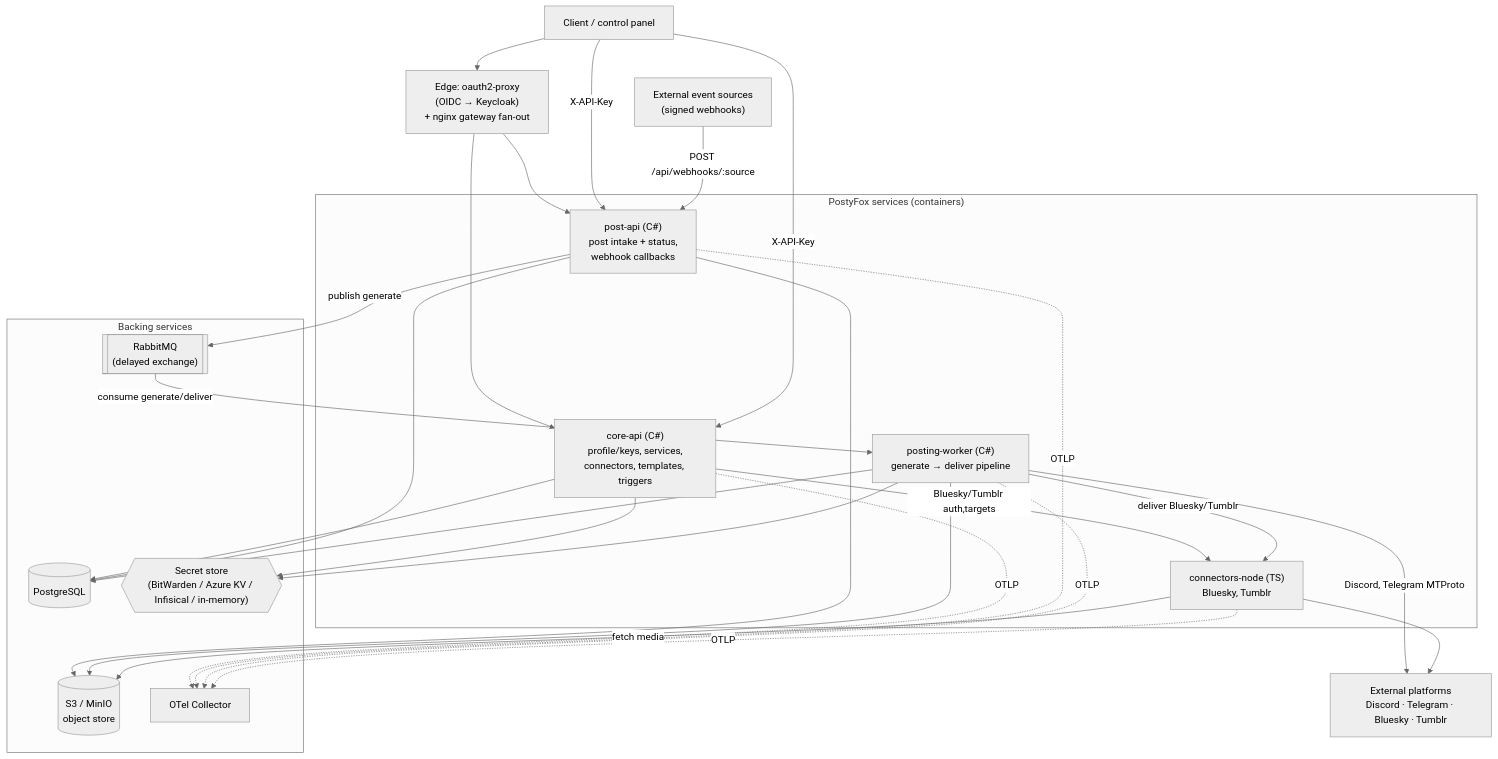
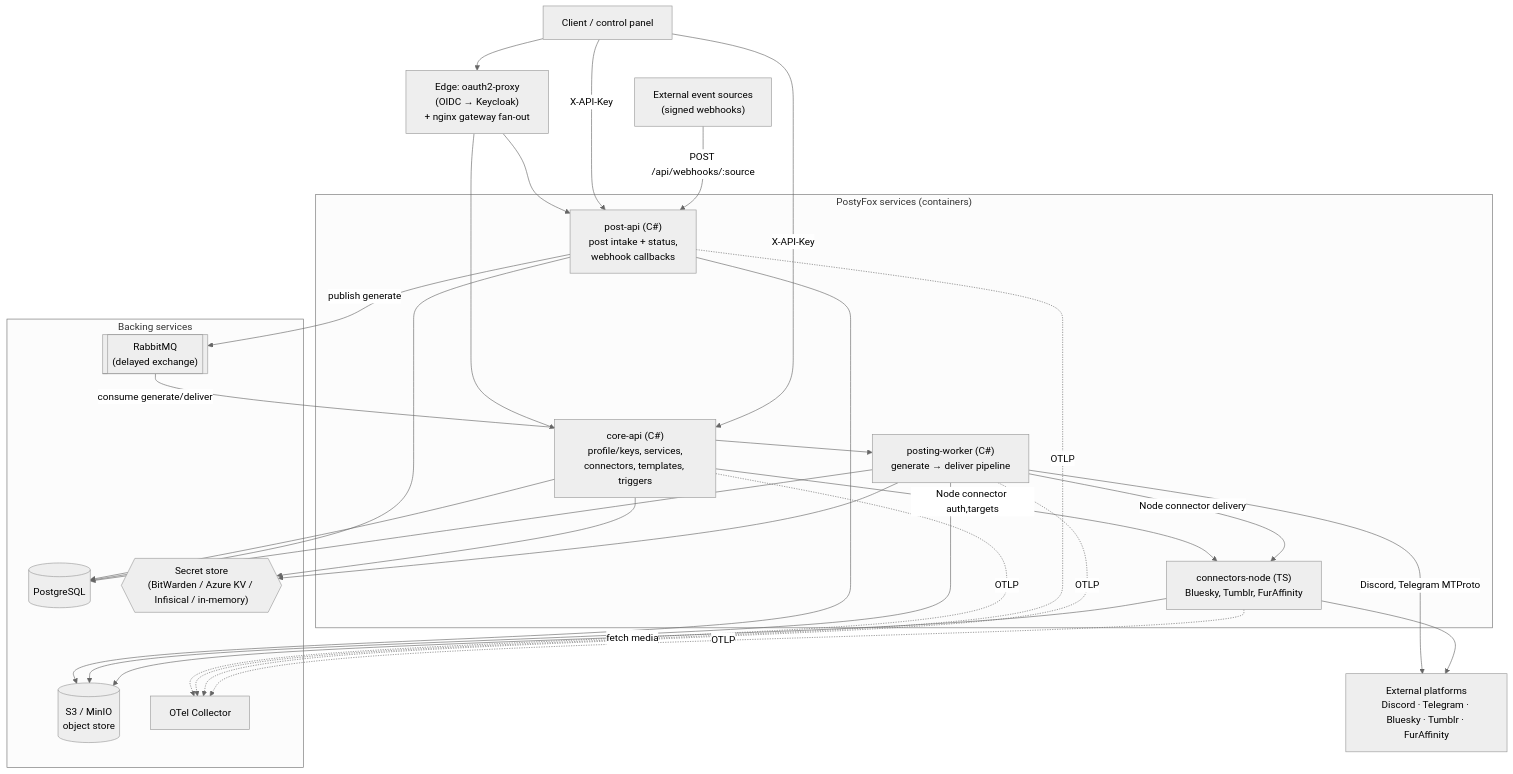
One commit to PostyFox/postyfox-core changed the first of 7 diagrams in docs/ARCHITECTURE.md. Above: the diagram before and after it, drawn with Mermaid (neutral theme). The commit also changed other lines of this file and 84 other files, not shown here.

First line of the commit message:
Bluesky rating, FurAffinity, and Pixelfed fix (#293)

````diff
--- a/docs/ARCHITECTURE.md
+++ b/docs/ARCHITECTURE.md
@@ -34,40 +34,40 @@
 ```mermaid
 flowchart TB
     client["Client / control panel"]
     edge["Edge: oauth2-proxy<br/>(OIDC → Keycloak)<br/>+ nginx gateway fan-out"]
 
     subgraph apps["PostyFox services (containers)"]
         core["core-api (C#)<br/>profile/keys, services,<br/>connectors, templates, triggers"]
         post["post-api (C#)<br/>post intake + status,<br/>webhook callbacks"]
         worker["posting-worker (C#)<br/>generate → deliver pipeline"]
-        node["connectors-node (TS)<br/>Bluesky, Tumblr"]
+        node["connectors-node (TS)<br/>Bluesky, Tumblr, FurAffinity"]
     end
 
     subgraph backing["Backing services"]
         pg[("PostgreSQL")]
         s3[("S3 / MinIO<br/>object store")]
         mq[["RabbitMQ<br/>(delayed exchange)"]]
         sec{{"Secret store<br/>(BitWarden / Azure KV / Infisical / in-memory)"}}
         otel["OTel Collector"]
     end
 
-    ext["External platforms<br/>Discord · Telegram · Bluesky · Tumblr"]
+    ext["External platforms<br/>Discord · Telegram · Bluesky · Tumblr · FurAffinity"]
     src["External event sources<br/>(signed webhooks)"]
 
     client --> edge --> core & post
     client -->|X-API-Key| core & post
 
     core --> pg & sec
-    core -->|Bluesky/Tumblr auth,targets| node
+    core -->|Node connector auth,targets| node
     post --> pg & s3
     post -->|publish generate| mq
     src -->|POST /api/webhooks/:source| post
 
     mq -->|consume generate/deliver| worker
     worker --> pg & s3 & sec
     worker -->|Discord, Telegram MTProto| ext
-    worker -->|deliver Bluesky/Tumblr| node --> ext
+    worker -->|Node connector delivery| node --> ext
     node -->|fetch media| s3
 
     core & post & worker & node -.OTLP.-> otel
 ```
````
